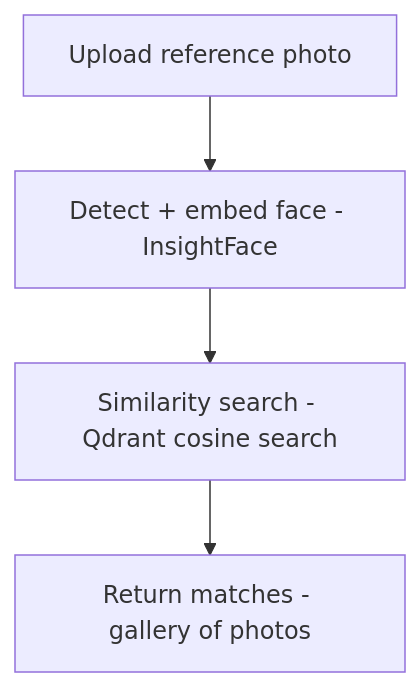
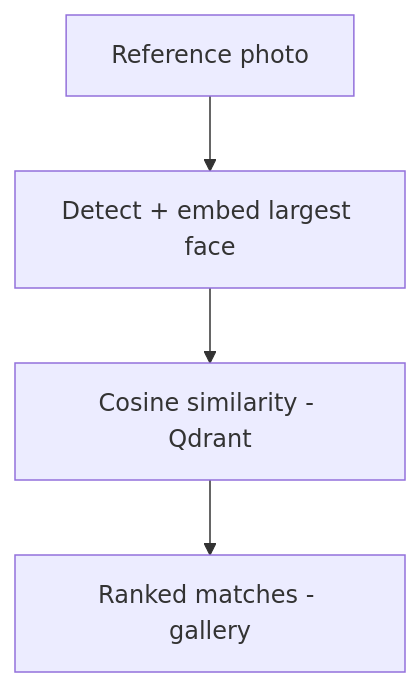
The second of 2 diagrams in readme.md (laavanjan/face-search-app), drawn with Mermaid before and after one commit.

Commit message:
Update search flow diagram to show cosine-ranked output

````diff
--- a/readme.md
+++ b/readme.md
@@ -23,6 +23,6 @@
 ```mermaid
 flowchart TD
-    F[Upload reference photo] --> G[Detect + embed face - InsightFace]
-    G --> H[Similarity search - Qdrant cosine search]
-    H --> I[Return matches - gallery of photos]
+    F[Reference photo] --> G[Detect + embed largest face]
+    G --> H[Cosine similarity - Qdrant]
+    H --> I[Ranked matches - gallery]
 ```
````
